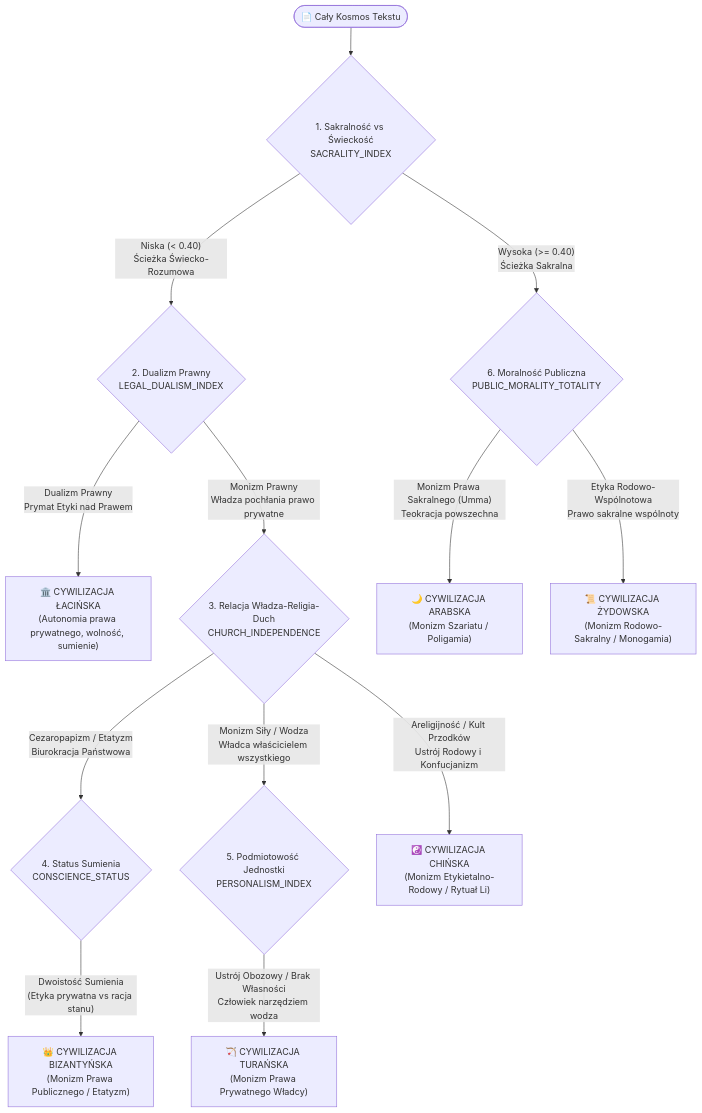
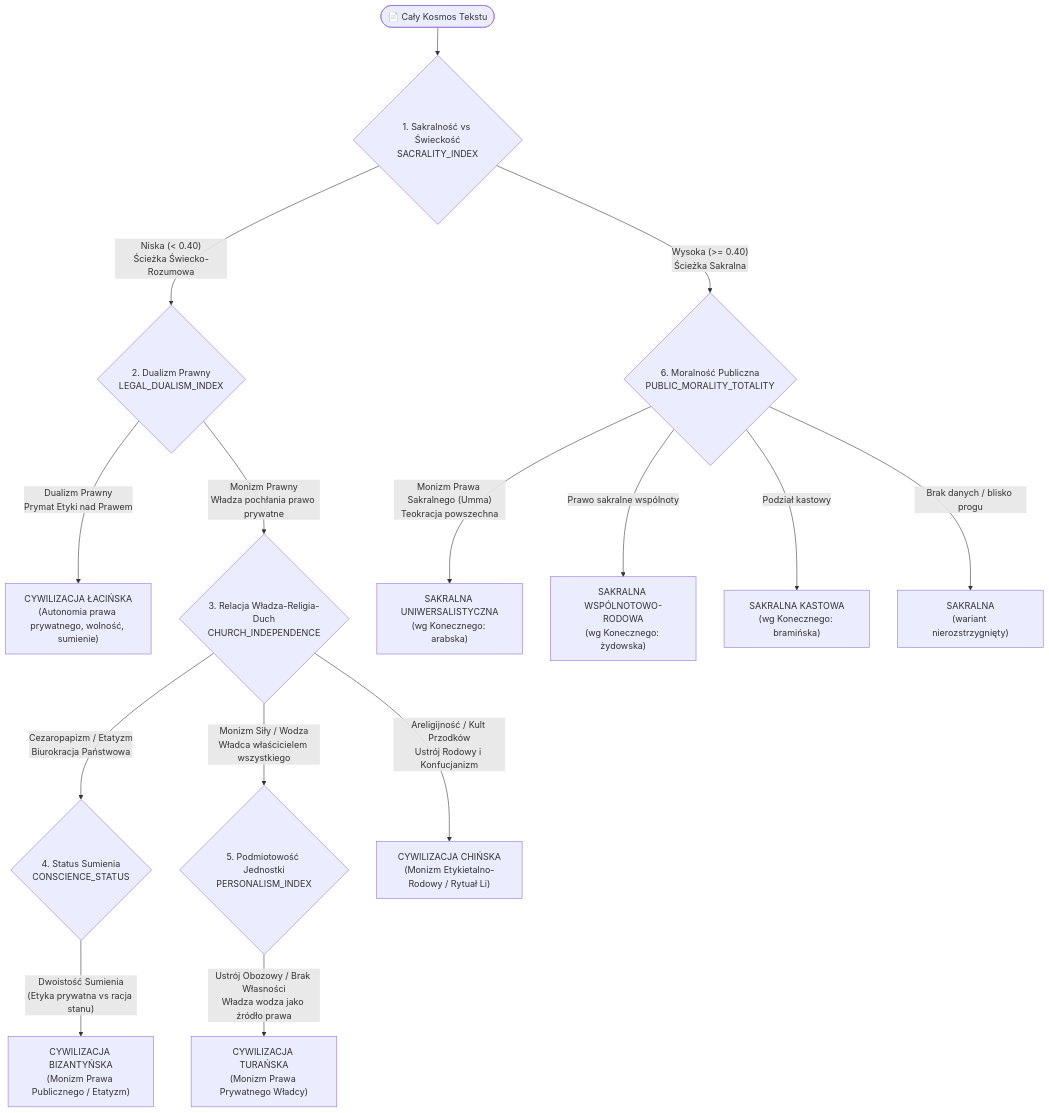
The third of 5 diagrams in DESIGN_DOC.md (Pawel-Zygler/algorytm_konecznego), drawn with Mermaid before and after one commit. The commit also changed other lines of this file and 19 other files, not shown here.

````diff
--- a/DESIGN_DOC.md
+++ b/DESIGN_DOC.md
@@ -86,21 +89,23 @@
 ```mermaid
 flowchart TD
     Start([📄 Cały Kosmos Tekstu]) --> B1{1. Sakralność vs Świeckość\nSACRALITY_INDEX}
     
     B1 -- "Wysoka (>= 0.40)\nŚcieżka Sakralna" --> B6{6. Moralność Publiczna\nPUBLIC_MORALITY_TOTALITY}
     B1 -- "Niska (< 0.40)\nŚcieżka Świecko-Rozumowa" --> B2{2. Dualizm Prawny\nLEGAL_DUALISM_INDEX}
     
-    B2 -- "Dualizm Prawny\nPrymat Etyki nad Prawem" --> CivLatin["🏛️ CYWILIZACJA ŁACIŃSKA\n(Autonomia prawa prywatnego, wolność, sumienie)"]
+    B2 -- "Dualizm Prawny\nPrymat Etyki nad Prawem" --> CivLatin["CYWILIZACJA ŁACIŃSKA\n(Autonomia prawa prywatnego, wolność, sumienie)"]
     B2 -- "Monizm Prawny\nWładza pochłania prawo prywatne" --> B3{3. Relacja Władza-Religia-Duch\nCHURCH_INDEPENDENCE}
     
     B3 -- "Cezaropapizm / Etatyzm\nBiurokracja Państwowa" --> B4{4. Status Sumienia\nCONSCIENCE_STATUS}
     B3 -- "Monizm Siły / Wodza\nWładca właścicielem wszystkiego" --> B5{5. Podmiotowość Jednostki\nPERSONALISM_INDEX}
-    B3 -- "Areligijność / Kult Przodków\nUstrój Rodowy i Konfucjanizm" --> CivChina["☯️ CYWILIZACJA CHIŃSKA\n(Monizm Etykietalno-Rodowy / Rytuał Li)"]
+    B3 -- "Areligijność / Kult Przodków\nUstrój Rodowy i Konfucjanizm" --> CivChina["CYWILIZACJA CHIŃSKA\n(Monizm Etykietalno-Rodowy / Rytuał Li)"]
     
-    B4 -- "Dwoistość Sumienia\n(Etyka prywatna vs racja stanu)" --> CivByz["👑 CYWILIZACJA BIZANTYŃSKA\n(Monizm Prawa Publicznego / Etatyzm)"]
+    B4 -- "Dwoistość Sumienia\n(Etyka prywatna vs racja stanu)" --> CivByz["CYWILIZACJA BIZANTYŃSKA\n(Monizm Prawa Publicznego / Etatyzm)"]
     
-    B5 -- "Ustrój Obozowy / Brak Własności\nCzłowiek narzędziem wodza" --> CivTur["🏹 CYWILIZACJA TURAŃSKA\n(Monizm Prawa Prywatnego Władcy)"]
+    B5 -- "Ustrój Obozowy / Brak Własności\nWładza wodza jako źródło prawa" --> CivTur["CYWILIZACJA TURAŃSKA\n(Monizm Prawa Prywatnego Władcy)"]
     
-    B6 -- "Monizm Prawa Sakralnego (Umma)\nTeokracja powszechna" --> CivArab["🌙 CYWILIZACJA ARABSKA\n(Monizm Szariatu / Poligamia)"]
-    B6 -- "Etyka Rodowo-Wspólnotowa\nPrawo sakralne wspólnoty" --> CivJew["📜 CYWILIZACJA ŻYDOWSKA\n(Monizm Rodowo-Sakralny / Monogamia)"]
+    B6 -- "Monizm Prawa Sakralnego (Umma)\nTeokracja powszechna" --> CivArab["SAKRALNA UNIWERSALISTYCZNA\n(wg Konecznego: arabska)"]
+    B6 -- "Prawo sakralne wspólnoty" --> CivJew["SAKRALNA WSPÓLNOTOWO-RODOWA\n(wg Konecznego: żydowska)"]
+    B6 -- "Podział kastowy" --> CivBra["SAKRALNA KASTOWA\n(wg Konecznego: bramińska)"]
+    B6 -- "Brak danych / blisko progu" --> CivUnd["SAKRALNA\n(wariant nierozstrzygnięty)"]
 ```
````
